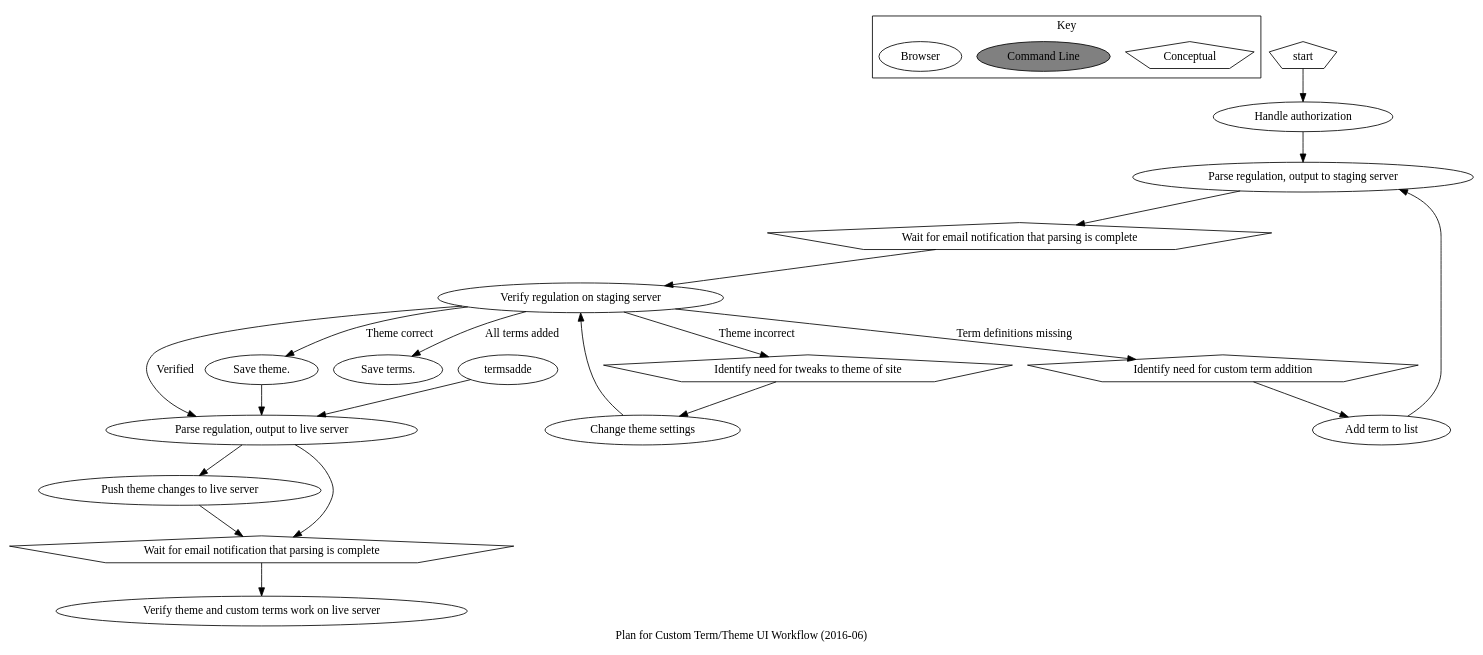
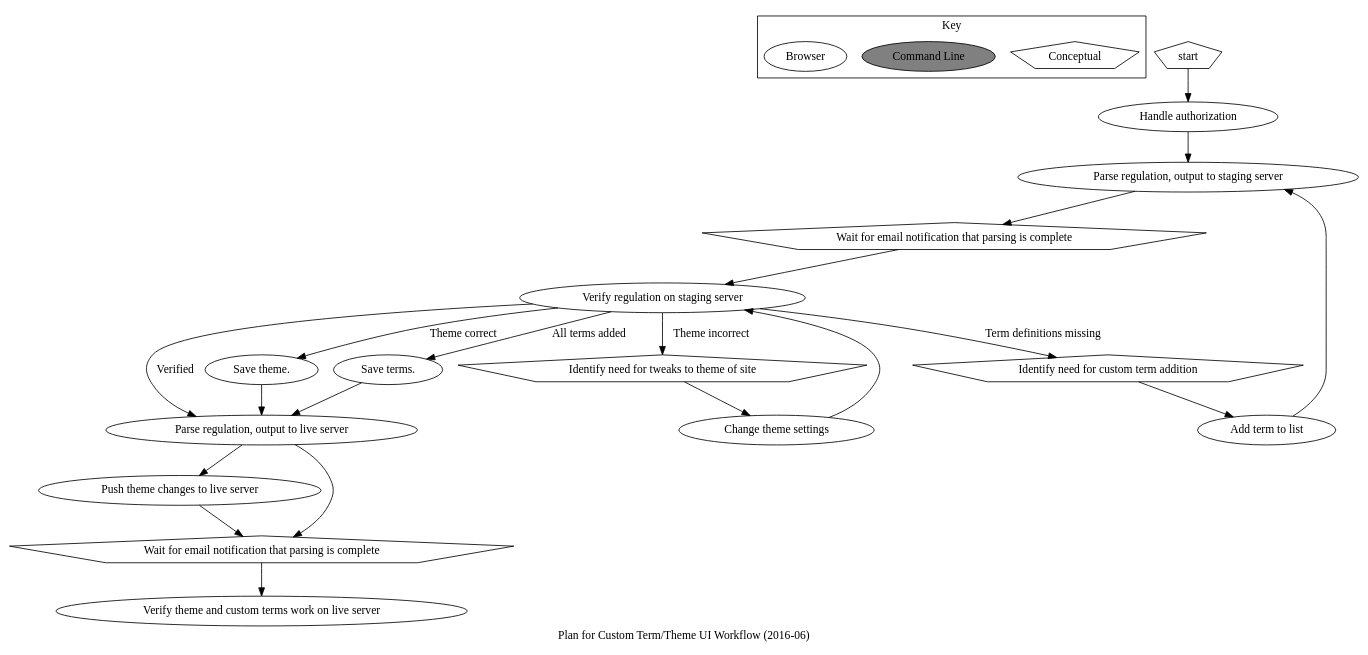
One commit to tadhg-ohiggins/eregs-platform changed the diagram in docs/ui-workflow.dot. Above: the diagram before and after it, drawn with Graphviz.

Commit message:
Docs: fix graphviz typo.

```diff
--- a/docs/ui-workflow.dot
+++ b/docs/ui-workflow.dot
@@ -1,49 +1,49 @@
 digraph {
     label="Plan for Custom Term/Theme UI Workflow (2016-06)";
     subgraph cluster_01 {
         node [style=filled, color=black];
         "Conceptual"[shape=pentagon, fillcolor=white];
         "Command Line"[style=filled, fillcolor=grey];
         "Browser"[style=filled, fillcolor=white];
         label="Key";
     }
 
     start -> auth;
     auth -> parse;
     parse -> wait;
     wait -> verify;
     verify -> identify [label="Term definitions missing"];
     identify -> addterm
     addterm -> parse;
 
     verify -> parselive [label="Verified"];
     parselive -> siterebuildlive;
     parselive -> waitlive;
     siterebuildlive -> waitlive;
     waitlive -> live;
     verify -> themedone [label="Theme correct"];
     themedone -> parselive;
     verify -> termsadded [label="All terms added"];
-    termsadde -> parselive;
+    termsadded -> parselive;
 
     verify -> themeneed [label="Theme incorrect"];
     themeneed -> cssoverride;
     cssoverride -> verify;
 
     start[shape=pentagon];
     auth[label="Handle authorization"];
     parse[label="Parse regulation, output to staging server"];
     wait[label="Wait for email notification that parsing is complete", shape=pentagon];
     waitlive[label="Wait for email notification that parsing is complete", shape=pentagon];
     verify[label="Verify regulation on staging server"];
     identify[label="Identify need for custom term addition", shape=pentagon];
     addterm[label="Add term to list"];
     themedone[label="Save theme."];
     themeneed[label="Identify need for tweaks to theme of site", shape=pentagon];
     termsadded[label="Save terms."];
     cssoverride[label="Change theme settings"];
     parselive[label="Parse regulation, output to live server"];
     siterebuildlive[label="Push theme changes to live server"];
     live[label="Verify theme and custom terms work on live server"];
 
 }
```
